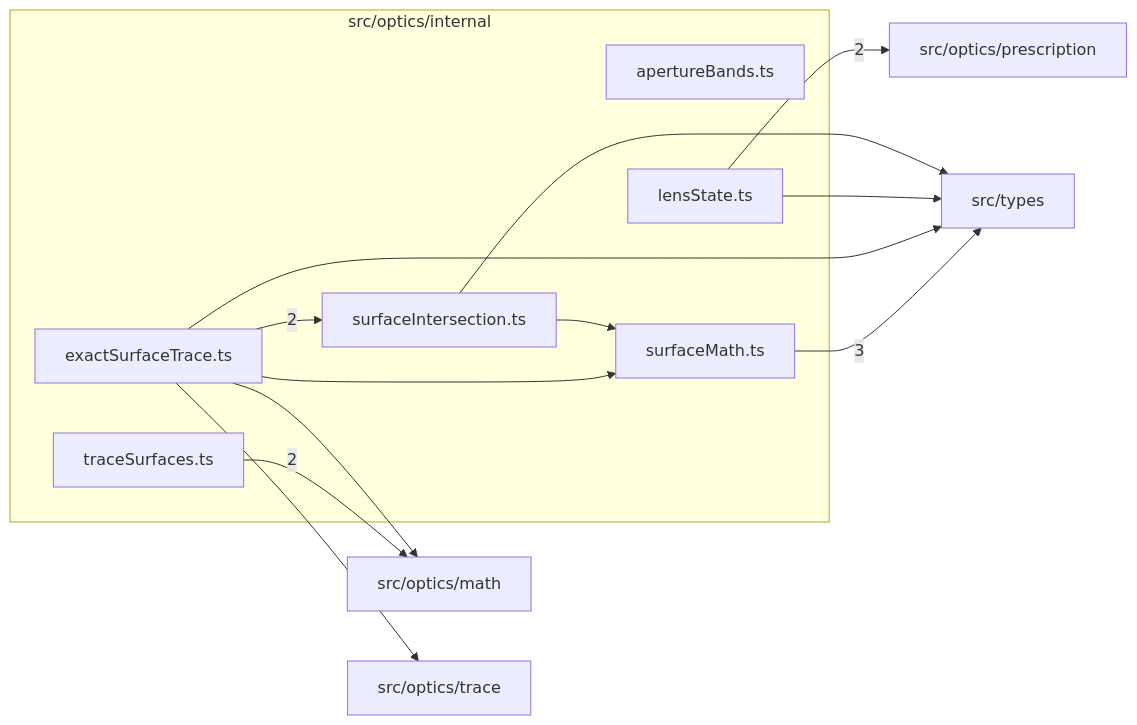
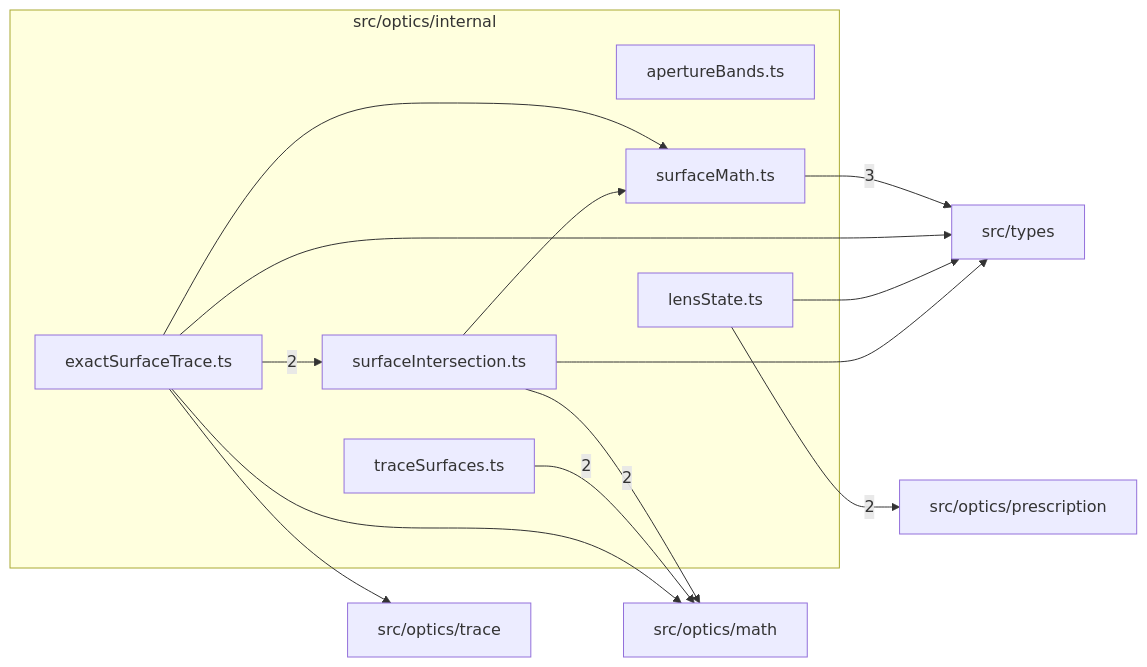
Before and after one commit to BeamFour/LensVisualizer: the diagram in src/optics/internal/readme.md, drawn with Mermaid. The commit also changed other lines of this file and 6 other files, not shown here.

````diff
--- a/src/optics/internal/readme.md
+++ b/src/optics/internal/readme.md
@@ -9,26 +9,27 @@
 ```mermaid
 flowchart LR
   subgraph n_src_optics_internal["src/optics/internal"]
     n_src_optics_internal_src_optics_internal_apertureBands_ts["apertureBands.ts"]
     n_src_optics_internal_src_optics_internal_exactSurfaceTrace_ts["exactSurfaceTrace.ts"]
     n_src_optics_internal_src_optics_internal_lensState_ts["lensState.ts"]
     n_src_optics_internal_src_optics_internal_surfaceIntersection_ts["surfaceIntersection.ts"]
     n_src_optics_internal_src_optics_internal_surfaceMath_ts["surfaceMath.ts"]
     n_src_optics_internal_src_optics_internal_traceSurfaces_ts["traceSurfaces.ts"]
   end
   n_external_src_types["src/types"]
   n_external_src_optics_math["src/optics/math"]
   n_external_src_optics_prescription["src/optics/prescription"]
   n_external_src_optics_trace["src/optics/trace"]
   n_src_optics_internal_src_optics_internal_surfaceMath_ts --> |3| n_external_src_types
+  n_src_optics_internal_src_optics_internal_surfaceIntersection_ts --> |2| n_external_src_optics_math
   n_src_optics_internal_src_optics_internal_traceSurfaces_ts --> |2| n_external_src_optics_math
   n_src_optics_internal_src_optics_internal_lensState_ts --> |2| n_external_src_optics_prescription
   n_src_optics_internal_src_optics_internal_exactSurfaceTrace_ts --> |2| n_src_optics_internal_src_optics_internal_surfaceIntersection_ts
   n_src_optics_internal_src_optics_internal_exactSurfaceTrace_ts --> n_external_src_optics_math
   n_src_optics_internal_src_optics_internal_exactSurfaceTrace_ts --> n_external_src_optics_trace
   n_src_optics_internal_src_optics_internal_exactSurfaceTrace_ts --> n_external_src_types
   n_src_optics_internal_src_optics_internal_lensState_ts --> n_external_src_types
   n_src_optics_internal_src_optics_internal_surfaceIntersection_ts --> n_external_src_types
   n_src_optics_internal_src_optics_internal_exactSurfaceTrace_ts --> n_src_optics_internal_src_optics_internal_surfaceMath_ts
   n_src_optics_internal_src_optics_internal_surfaceIntersection_ts --> n_src_optics_internal_src_optics_internal_surfaceMath_ts
 ```
````
